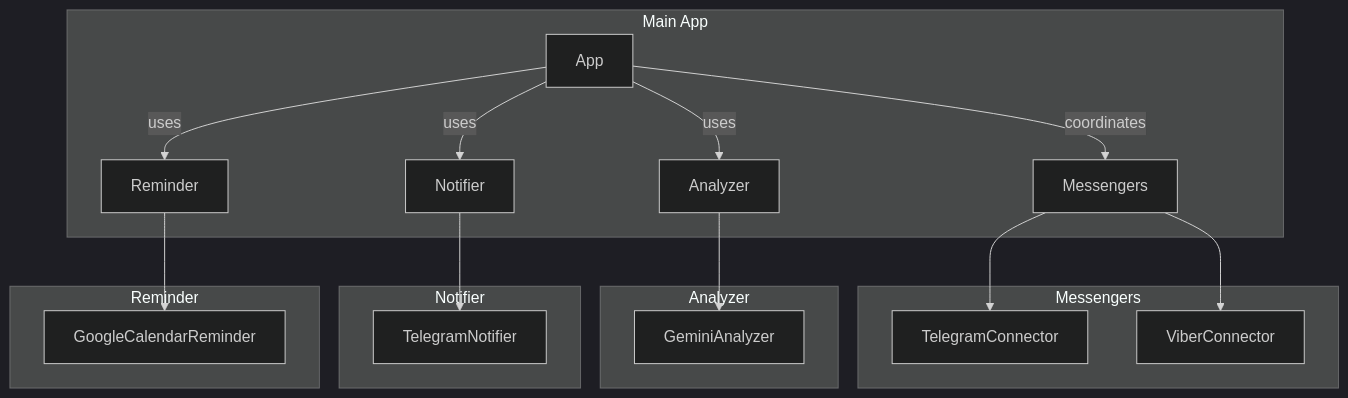
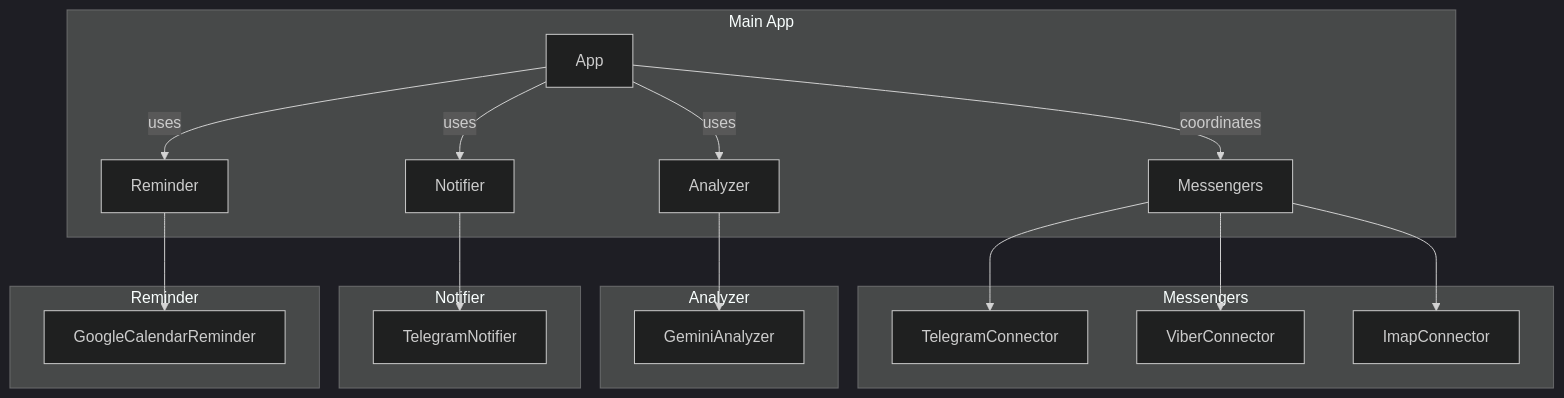
Before and after one commit to xor2003/secretary: the diagram in README.md, drawn with Mermaid (dark theme). The commit also changed other lines of this file and 9 other files, not shown here.

````diff
--- a/README.md
+++ b/README.md
@@ -15,26 +17,27 @@
 ```mermaid
 graph TD
     subgraph Main App
         A[App] -->|coordinates| B[Messengers]
         A -->|uses| C[Analyzer]
         A -->|uses| D[Notifier]
         A -->|uses| E[Reminder]
     end
 
     subgraph Messengers
         B --> F[TelegramConnector]
         B --> G[ViberConnector]
+        B --> H[ImapConnector]
     end
 
     subgraph Analyzer
-        C --> H[GeminiAnalyzer]
+        C --> I[GeminiAnalyzer]
     end
 
     subgraph Notifier
-        D --> I[TelegramNotifier]
+        D --> J[TelegramNotifier]
     end
 
     subgraph Reminder
-        E --> J[GoogleCalendarReminder]
+        E --> K[GoogleCalendarReminder]
     end
 ```
````
